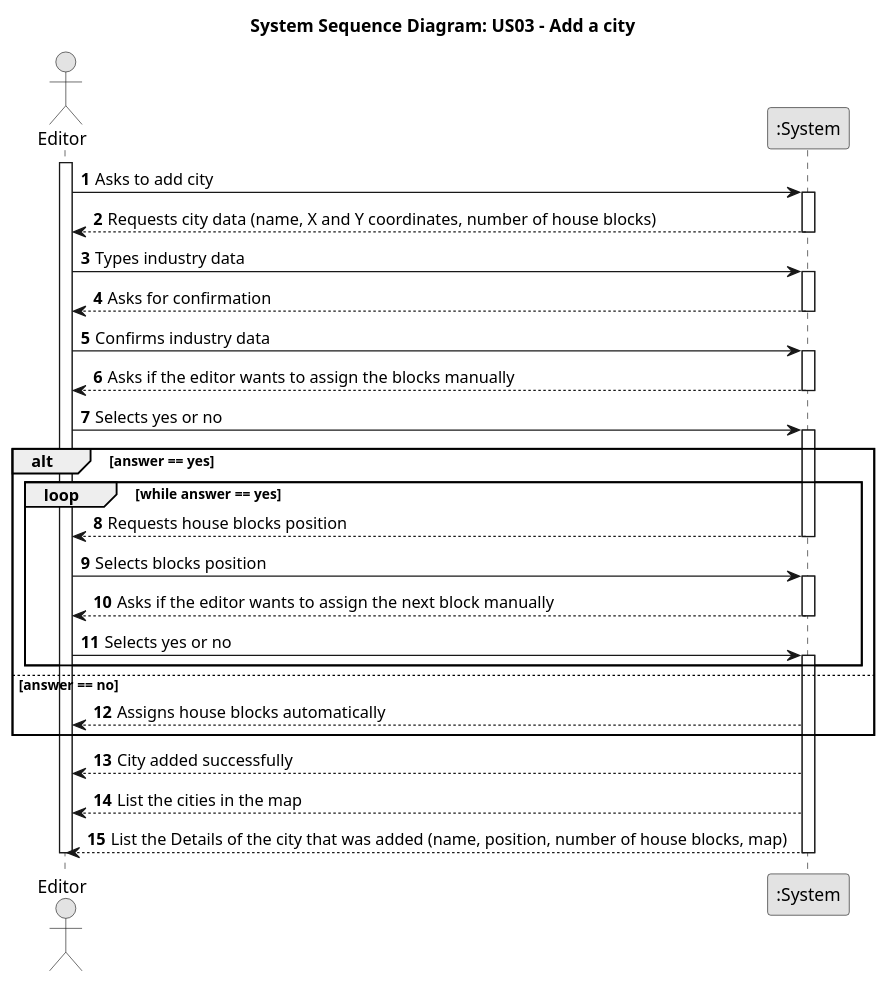
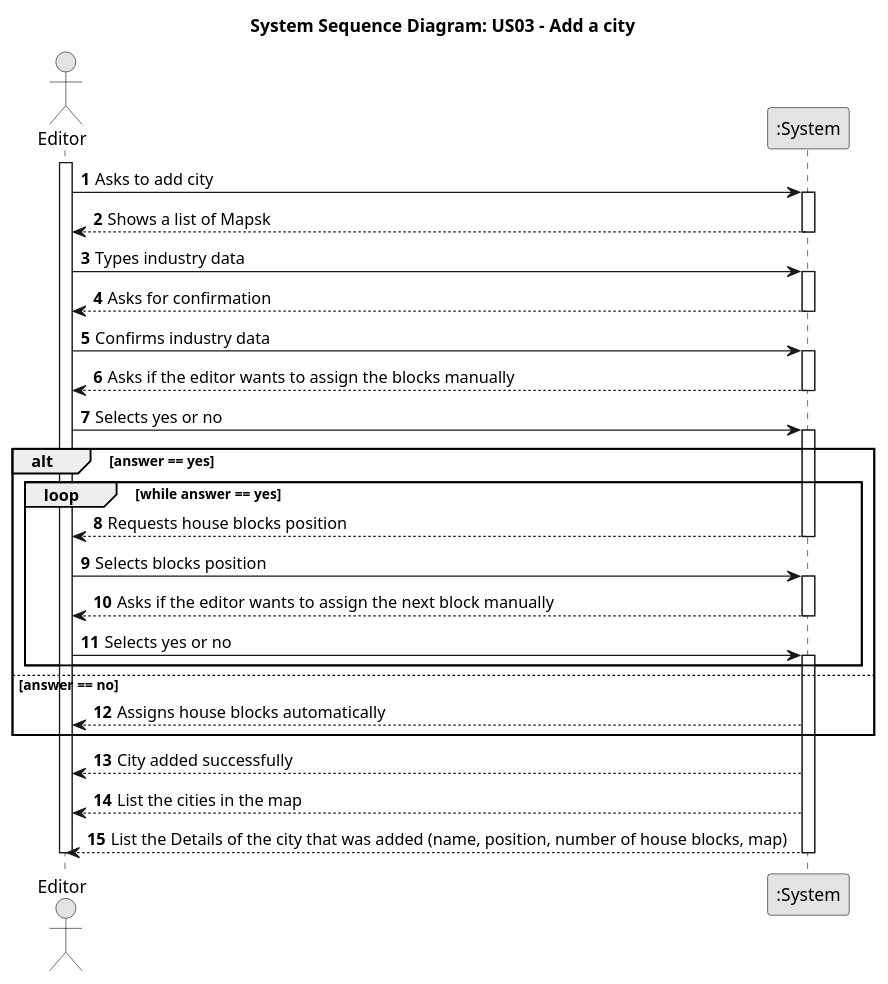
One commit to HenriqueSilva18/Railway-Network-Simulator changed the diagram in docs/system-documentation/Sprint 2/US03/01.requirements-engineering/puml/US003-SSD.puml. Above: the diagram before and after it, drawn with PlantUML. The commit also changed 24 other files, not shown here.

```diff
--- a/docs/system-documentation/Sprint 2/US03/01.requirements-engineering/puml/US003-SSD.puml
+++ b/docs/system-documentation/Sprint 2/US03/01.requirements-engineering/puml/US003-SSD.puml
@@ -1,56 +1,56 @@
 @startuml
 title System Sequence Diagram: US03 - Add a city
 skinparam monochrome true
 skinparam packageStyle rectangle
 skinparam shadowing false
 
 autonumber
 
 actor "Editor" as Editor
 participant ":System" as System
 
 activate Editor
 Editor -> System : Asks to add city
         activate System
-        System --> Editor: Requests city data (name, X and Y coordinates, number of house blocks)
+        System --> Editor: Shows a list of Mapsk
         deactivate System
 
     Editor -> System: Types industry data
         activate System
         System --> Editor: Asks for confirmation
         deactivate System
 
     Editor -> System: Confirms industry data
         activate System
 System --> Editor : Asks if the editor wants to assign the blocks manually
 deactivate System
 Editor -> System : Selects yes or no
 activate System
 
 alt answer == yes
     loop while answer == yes
         System --> Editor : Requests house blocks position
         deactivate System
 
         Editor -> System : Selects blocks position
         activate System
         System --> Editor : Asks if the editor wants to assign the next block manually
         deactivate System
 
         Editor -> System : Selects yes or no
         activate System
 
     end
 else answer == no
     System --> Editor : Assigns house blocks automatically
 end
 
 activate System
 
 System --> Editor : City added successfully
 System --> Editor : List the cities in the map
 System --> Editor : List the Details of the city that was added (name, position, number of house blocks, map)
 
 deactivate System
 deactivate Editor
 @enduml
```
